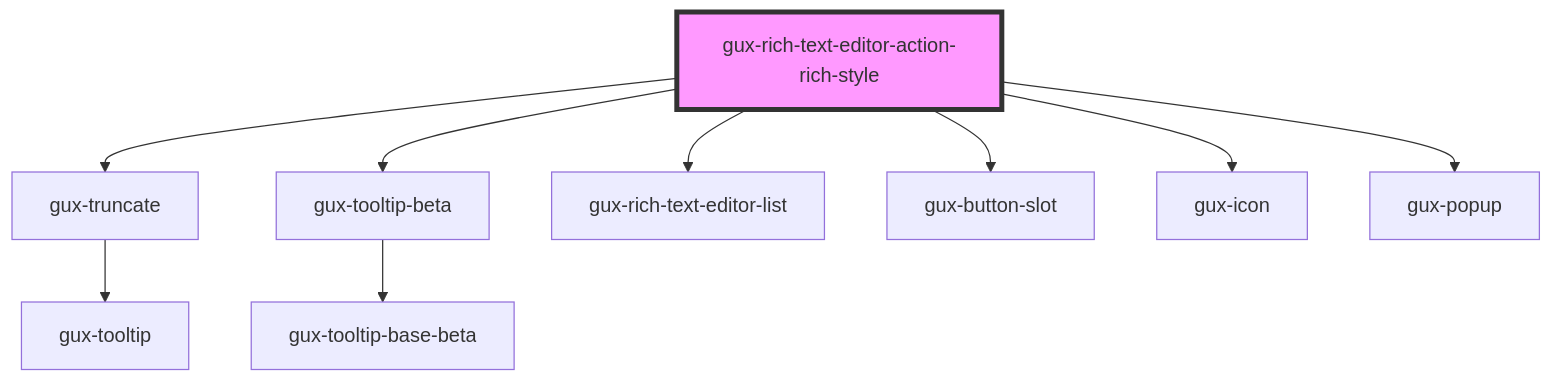
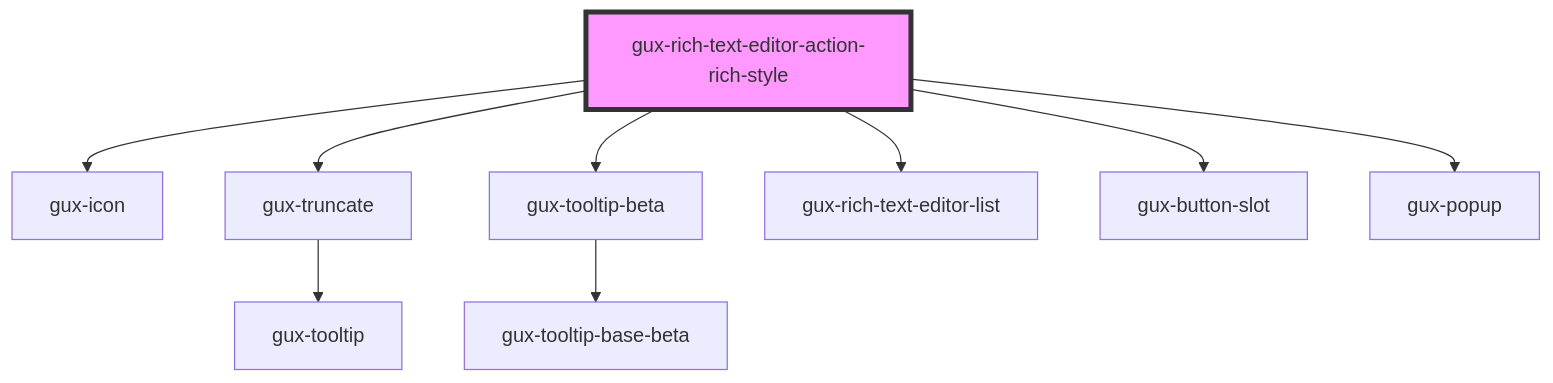
The diagram in packages/genesys-spark-components/src/components/beta/gux-rich-text-editor/gux-rich-text-editor-action/gux-rich-text-editor-action-rich-style/readme.md (MyPureCloud/genesys-spark), drawn with Mermaid before and after one commit. The commit also changed other lines of this file and 28 other files, not shown here.

First line of the commit message:
feat(rich-text-editor): addition of responsive design

````diff
--- a/packages/genesys-spark-components/src/components/beta/gux-rich-text-editor/gux-rich-text-editor-action/gux-rich-text-editor-action-rich-style/readme.md
+++ b/packages/genesys-spark-components/src/components/beta/gux-rich-text-editor/gux-rich-text-editor-action/gux-rich-text-editor-action-rich-style/readme.md
@@ -35,12 +35,12 @@
 ```mermaid
 graph TD;
+  gux-rich-text-editor-action-rich-style --> gux-icon
   gux-rich-text-editor-action-rich-style --> gux-truncate
   gux-rich-text-editor-action-rich-style --> gux-tooltip-beta
   gux-rich-text-editor-action-rich-style --> gux-rich-text-editor-list
   gux-rich-text-editor-action-rich-style --> gux-button-slot
-  gux-rich-text-editor-action-rich-style --> gux-icon
   gux-rich-text-editor-action-rich-style --> gux-popup
   gux-truncate --> gux-tooltip
   gux-tooltip-beta --> gux-tooltip-base-beta
   style gux-rich-text-editor-action-rich-style fill:#f9f,stroke:#333,stroke-width:4px
 ```
````
